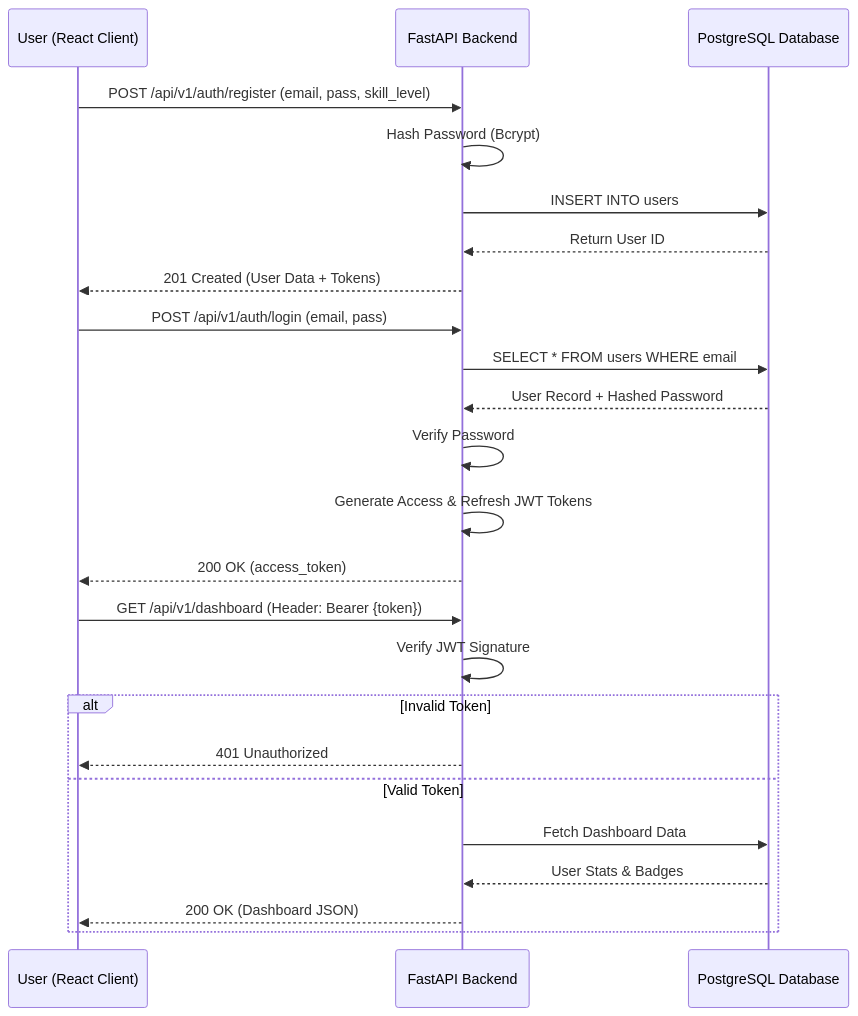
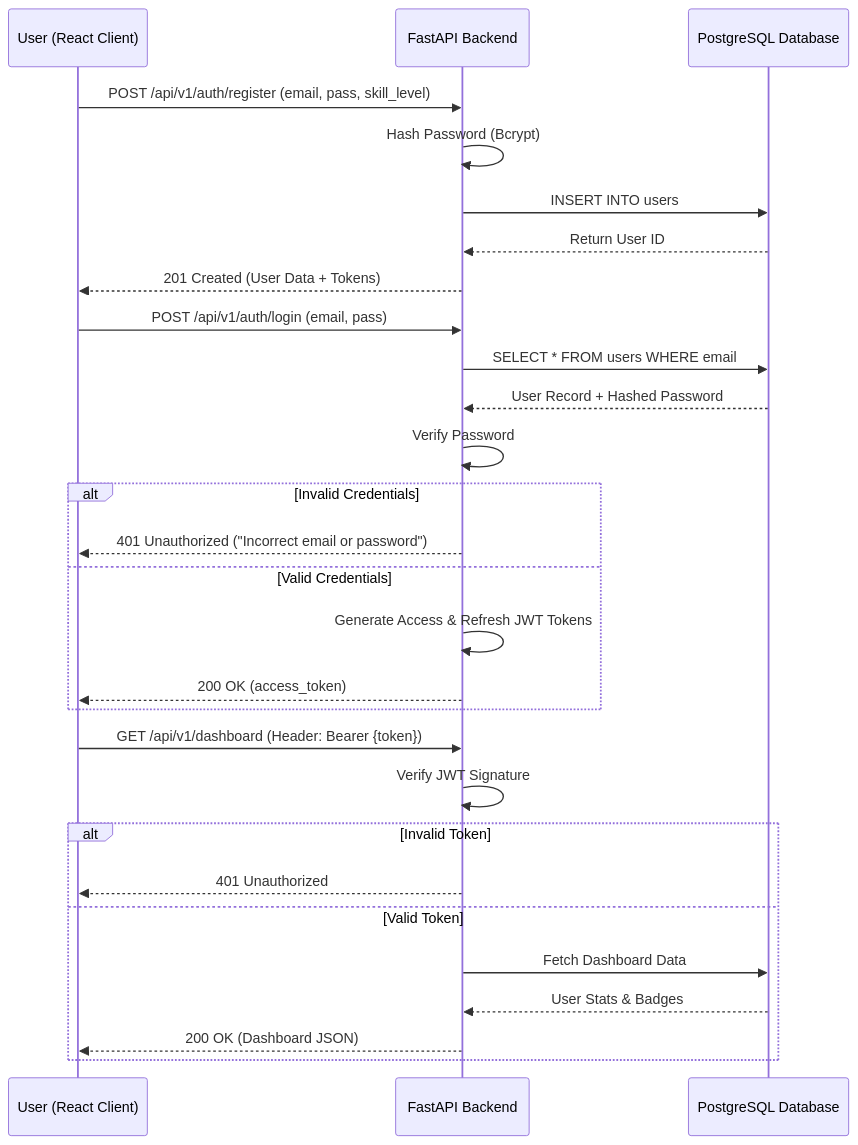
Before and after one commit to Siddharthpatni/Cereforge: the third of 6 diagrams in docs/ARCHITECTURE.md, drawn with Mermaid.

Commit message:
docs: add invalid auth pathway to sequence diagram

````diff
--- a/docs/ARCHITECTURE.md
+++ b/docs/ARCHITECTURE.md
@@ -140,32 +140,36 @@
 ```mermaid
 sequenceDiagram
     participant U as User (React Client)
     participant API as FastAPI Backend
     participant DB as PostgreSQL Database
     
     %% Registration
     U->>API: POST /api/v1/auth/register (email, pass, skill_level)
     API->>API: Hash Password (Bcrypt)
     API->>DB: INSERT INTO users
     DB-->>API: Return User ID
     API-->>U: 201 Created (User Data + Tokens)
     
     %% Login
     U->>API: POST /api/v1/auth/login (email, pass)
     API->>DB: SELECT * FROM users WHERE email
     DB-->>API: User Record + Hashed Password
     API->>API: Verify Password
-    API->>API: Generate Access & Refresh JWT Tokens
-    API-->>U: 200 OK (access_token)
+    alt Invalid Credentials
+        API-->>U: 401 Unauthorized ("Incorrect email or password")
+    else Valid Credentials
+        API->>API: Generate Access & Refresh JWT Tokens
+        API-->>U: 200 OK (access_token)
+    end
     
     %% Subsequent Request
     U->>API: GET /api/v1/dashboard (Header: Bearer {token})
     API->>API: Verify JWT Signature
     alt Invalid Token
         API-->>U: 401 Unauthorized
     else Valid Token
         API->>DB: Fetch Dashboard Data
         DB-->>API: User Stats & Badges
         API-->>U: 200 OK (Dashboard JSON)
     end
 ```
````
